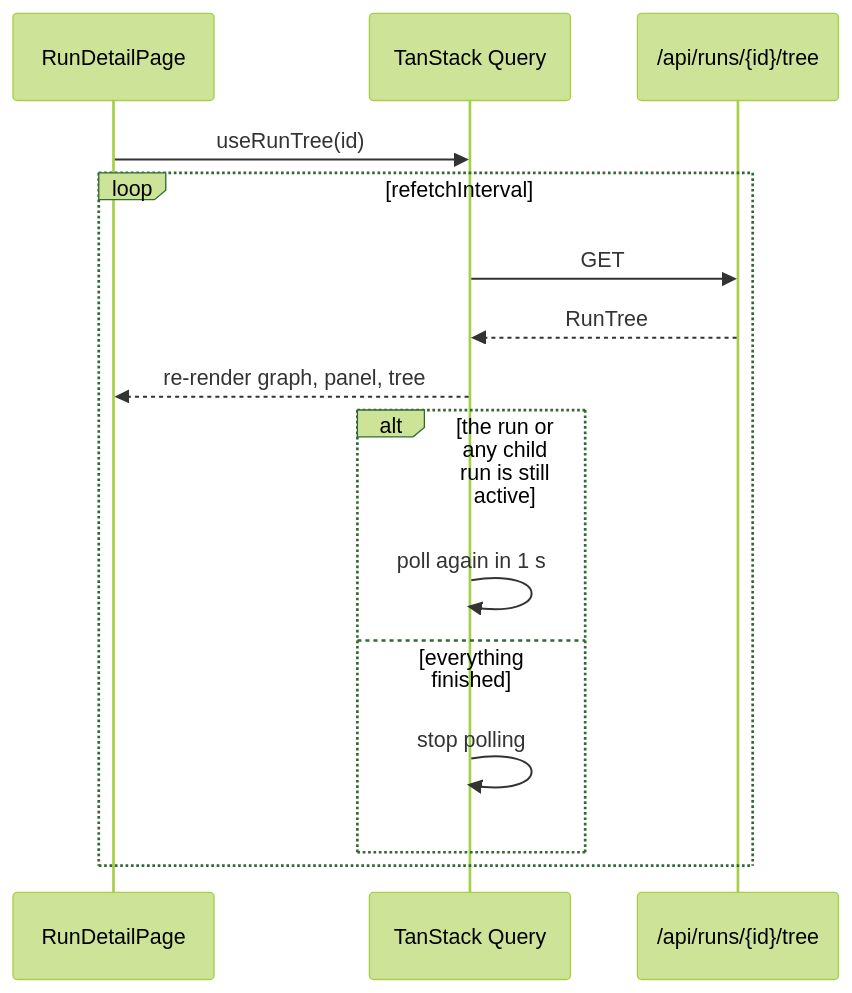
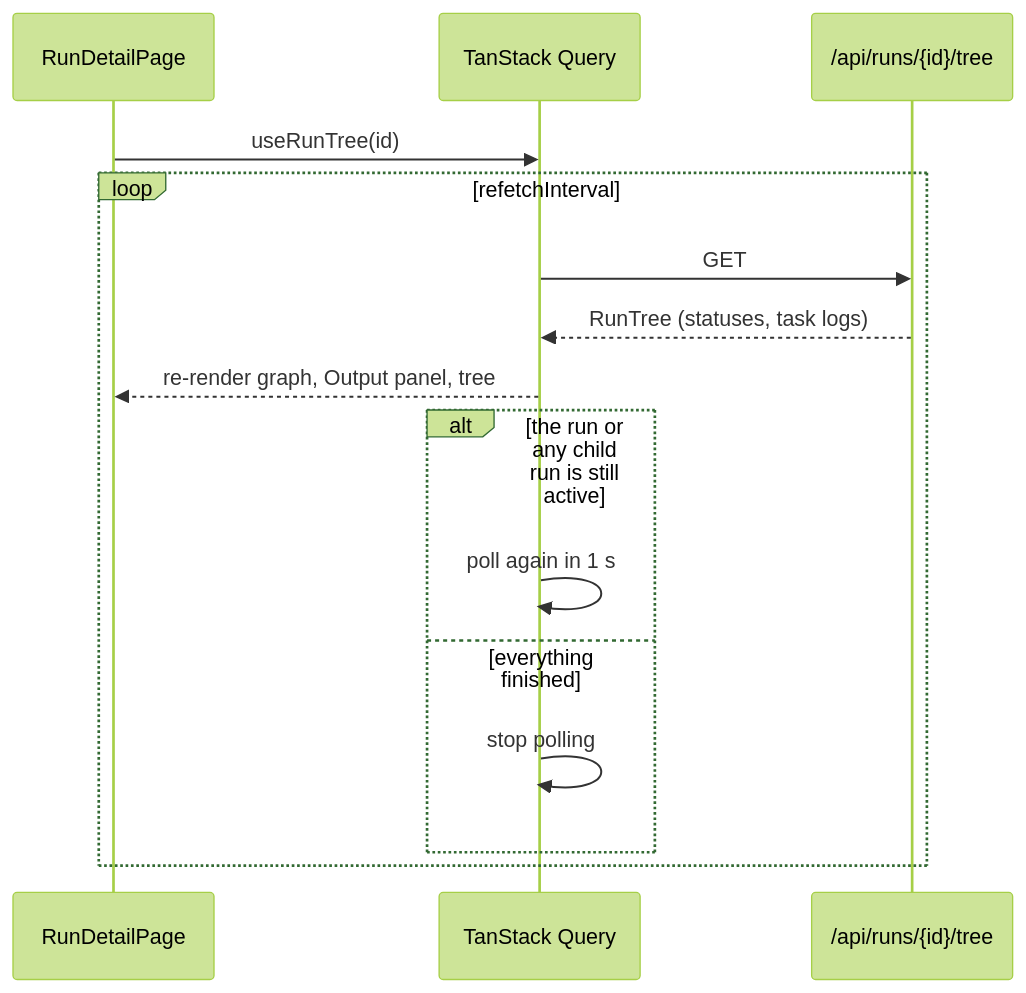
The third of 3 diagrams in docs/client.md (ilanamarpersonal/prooflix-core), drawn with Mermaid (forest theme) before and after one commit. The commit also changed other lines of this file and 6 other files, not shown here.

````diff
--- a/docs/client.md
+++ b/docs/client.md
@@ -114,18 +158,18 @@
 ```mermaid
 sequenceDiagram
     participant Page as RunDetailPage
     participant Q as TanStack Query
     participant API as /api/runs/{id}/tree
 
     Page->>Q: useRunTree(id)
     loop refetchInterval
         Q->>API: GET
-        API-->>Q: RunTree
-        Q-->>Page: re-render graph, panel, tree
+        API-->>Q: RunTree (statuses, task logs)
+        Q-->>Page: re-render graph, Output panel, tree
         alt the run or any child run is still active
             Q->>Q: poll again in 1 s
         else everything finished
             Q->>Q: stop polling
         end
     end
 ```
````
